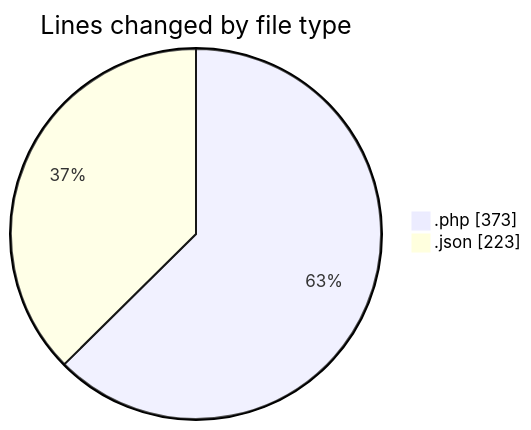
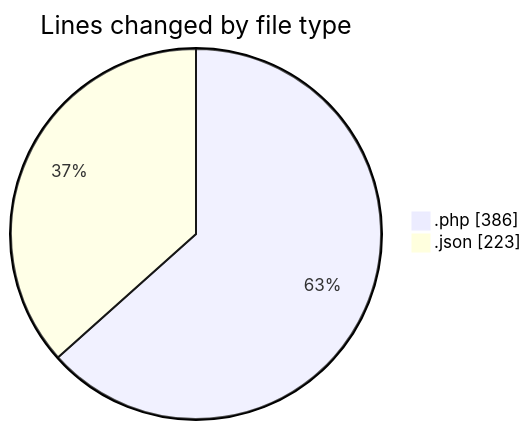
One commit to idhammustaqopulfikri/code-tracking changed the first of 2 diagrams in 2025-03-27/autodidak/README.md. Above: the diagram before and after it, drawn with Mermaid. The commit also changed other lines of this file and 1 other file, not shown here.

````diff
--- a/2025-03-27/autodidak/README.md
+++ b/2025-03-27/autodidak/README.md
@@ -26,6 +27,6 @@
 ```mermaid
 pie showData
 title Lines changed by file type
-".php" : 373
+".php" : 386
 ".json" : 223
 ```
````
